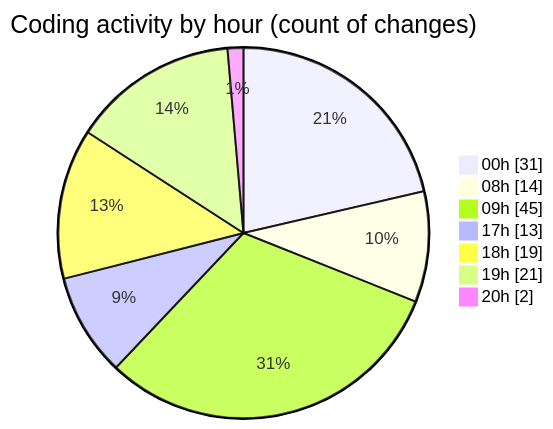
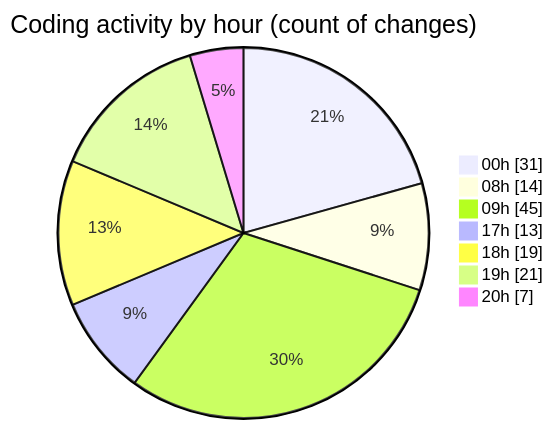
One commit to lephambinh05/code-tracking changed the second of 2 diagrams in 2025-08-03/studybuddy/README.md. Above: the diagram before and after it, drawn with Mermaid. The commit also changed other lines of this file and 1 other file, not shown here.

````diff
--- a/2025-08-03/studybuddy/README.md
+++ b/2025-08-03/studybuddy/README.md
@@ -75,11 +77,11 @@
 ```mermaid
 pie showData
 title Coding activity by hour (count of changes)
 "00h" : 31
 "08h" : 14
 "09h" : 45
 "17h" : 13
 "18h" : 19
 "19h" : 21
-"20h" : 2
+"20h" : 7
 ```
````
